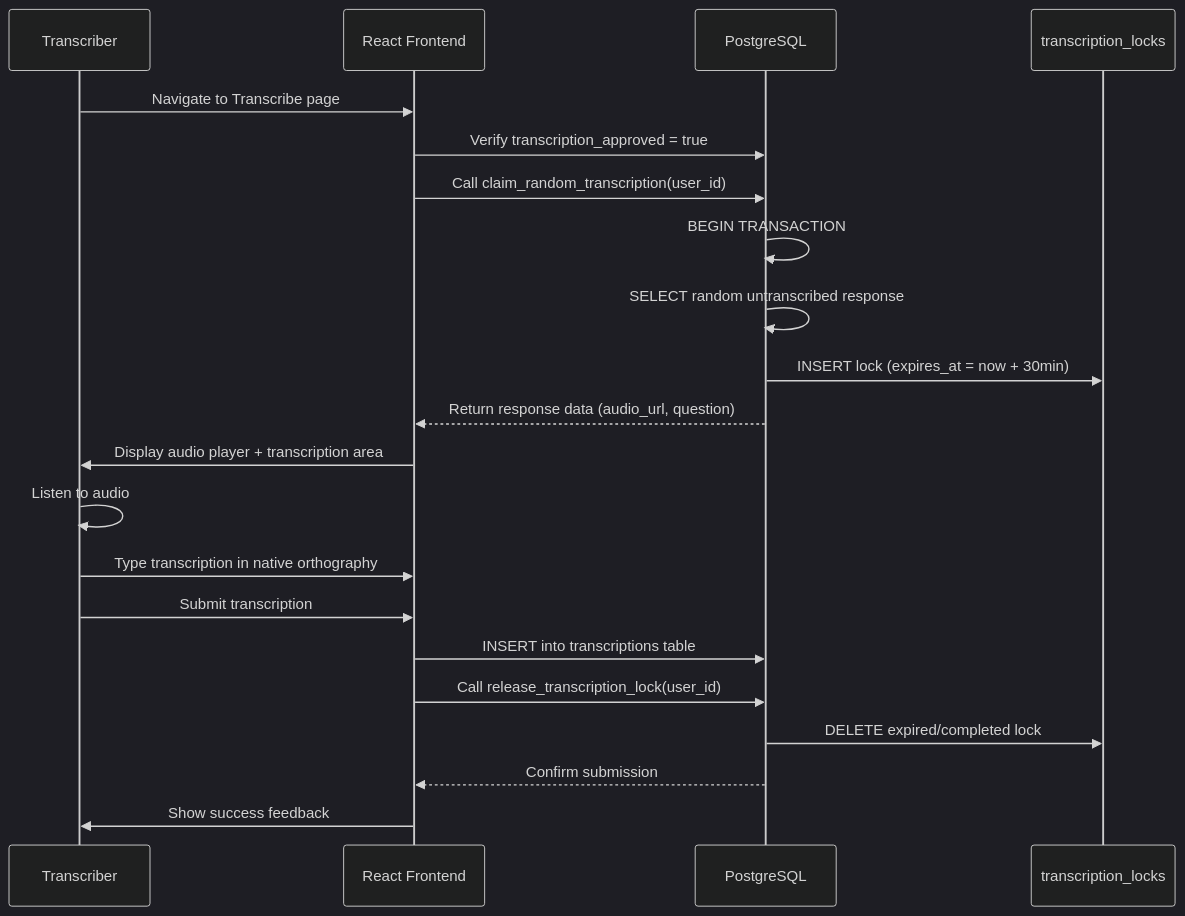
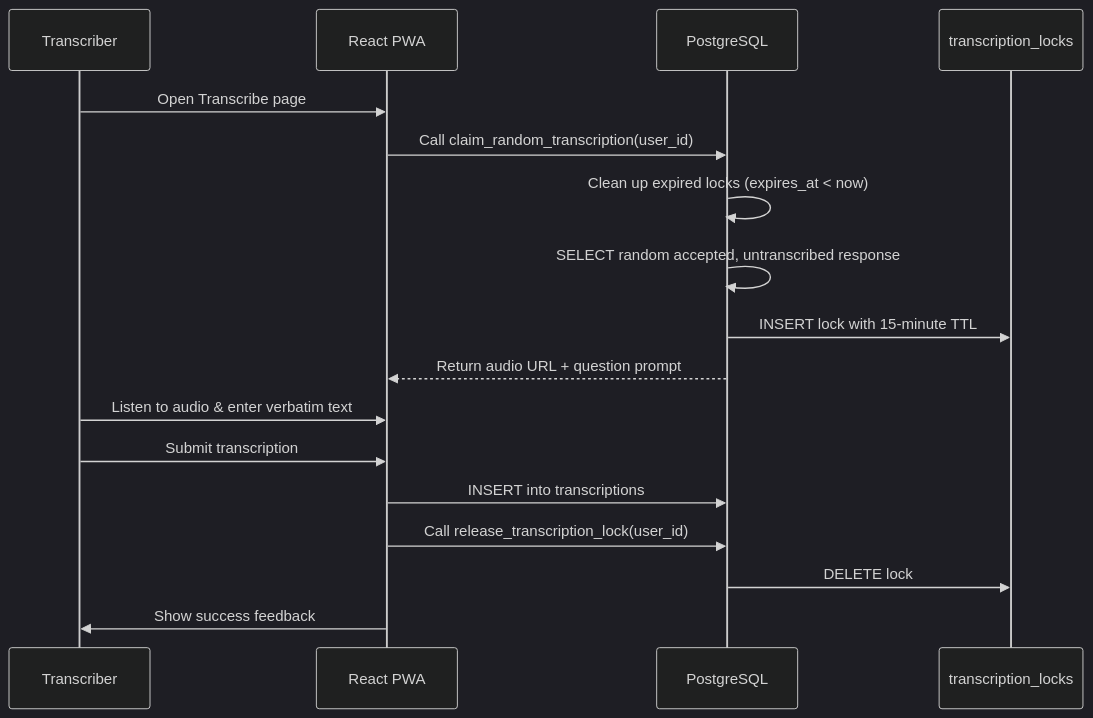
The fourth of 7 diagrams in README.md (DeKUT-DSAIL/JasinaHub), drawn with Mermaid (dark theme) before and after one commit. The commit also changed other lines of this file and 2 other files, not shown here.

````diff
--- a/README.md
+++ b/README.md
@@ -293,24 +298,20 @@
 ```mermaid
 sequenceDiagram
   participant Tr as Transcriber
-  participant UI as React Frontend
+  participant UI as React PWA
   participant DB as PostgreSQL
   participant Lock as transcription_locks
 
-  Tr->>UI: Navigate to Transcribe page
-  UI->>DB: Verify transcription_approved = true
+  Tr->>UI: Open Transcribe page
   UI->>DB: Call claim_random_transcription(user_id)
-  DB->>DB: BEGIN TRANSACTION
-  DB->>DB: SELECT random untranscribed response
-  DB->>Lock: INSERT lock (expires_at = now + 30min)
-  DB-->>UI: Return response data (audio_url, question)
-  UI->>Tr: Display audio player + transcription area
-  Tr->>Tr: Listen to audio
-  Tr->>UI: Type transcription in native orthography
+  DB->>DB: Clean up expired locks (expires_at < now)
+  DB->>DB: SELECT random accepted, untranscribed response
+  DB->>Lock: INSERT lock with 15-minute TTL
+  DB-->>UI: Return audio URL + question prompt
+  Tr->>UI: Listen to audio & enter verbatim text
   Tr->>UI: Submit transcription
-  UI->>DB: INSERT into transcriptions table
+  UI->>DB: INSERT into transcriptions
   UI->>DB: Call release_transcription_lock(user_id)
-  DB->>Lock: DELETE expired/completed lock
-  DB-->>UI: Confirm submission
+  DB->>Lock: DELETE lock
   UI->>Tr: Show success feedback
 ```
````
